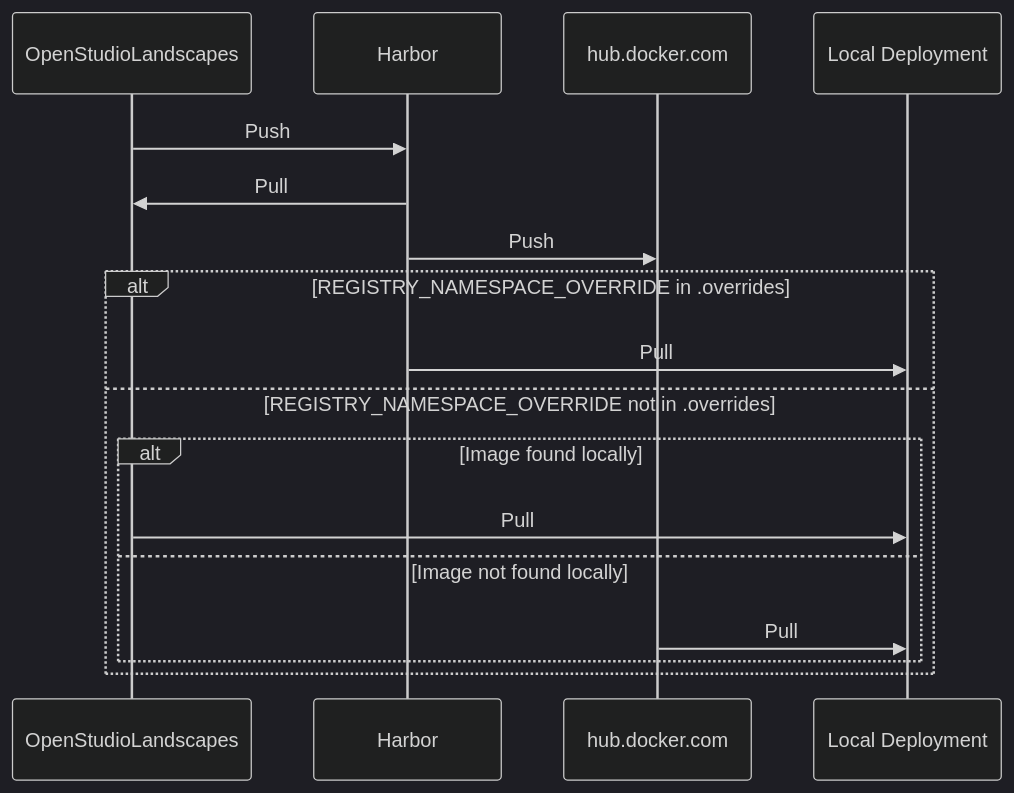
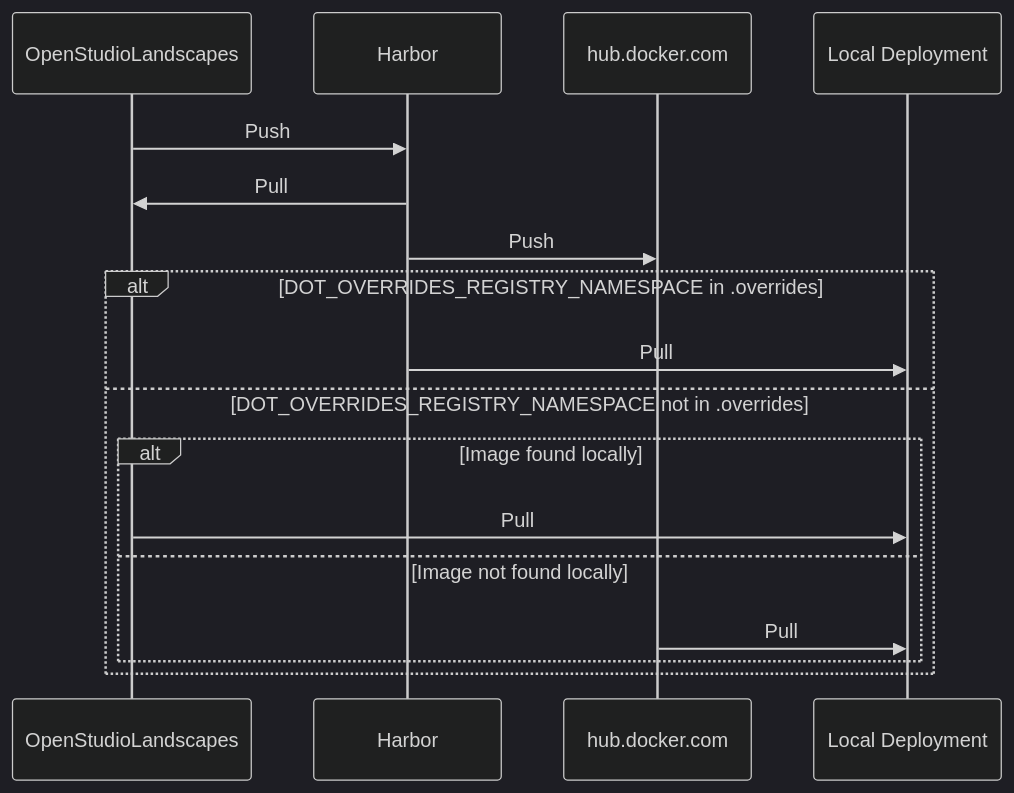
One commit to michimussato/OpenStudioLandscapes changed the diagram in wiki/guides/harbor.md. Above: the diagram before and after it, drawn with Mermaid (dark theme).

Commit message:
- issue 12: rename REGISTRY_NAMESPACE_OVERRIDE to DOT_OVERRIDES_REGISTRY_NAMESPACE (to use a DOT_OVERRIDES_ prefix)

````diff
--- a/wiki/guides/harbor.md
+++ b/wiki/guides/harbor.md
@@ -29,23 +29,23 @@
 ```mermaid
 sequenceDiagram
     participant openstudiolandscapes as OpenStudioLandscapes
     participant harbor as Harbor
     participant docker as hub.docker.com
     participant local_deployment as Local Deployment
     %%participant 3rdparties as 3rd Parties
     
     openstudiolandscapes->>harbor: Push
     harbor->>openstudiolandscapes: Pull
     harbor->>docker: Push
-    alt REGISTRY_NAMESPACE_OVERRIDE in .overrides
+    alt DOT_OVERRIDES_REGISTRY_NAMESPACE in .overrides
         harbor->>local_deployment: Pull
-    else REGISTRY_NAMESPACE_OVERRIDE not in .overrides
+    else DOT_OVERRIDES_REGISTRY_NAMESPACE not in .overrides
         %%harbor->>local_deployment: Pull
         alt Image found locally
             openstudiolandscapes->>local_deployment: Pull
         else Image not found locally
             docker->>local_deployment: Pull
         end
     end
     %%docker->>3rdparties: Pull
 ```
````
